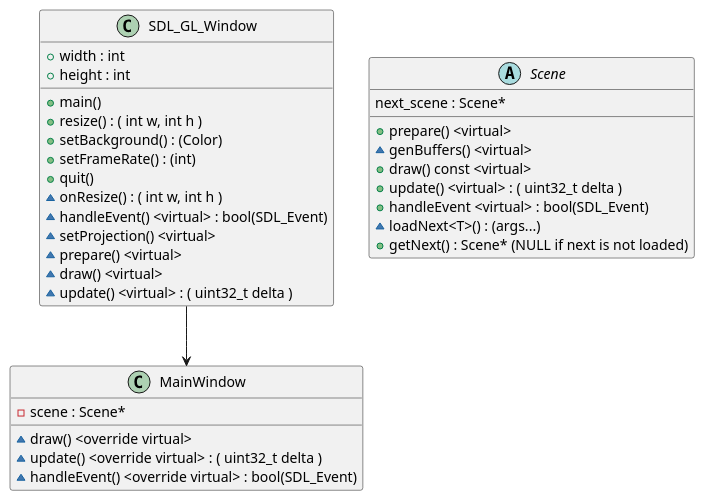
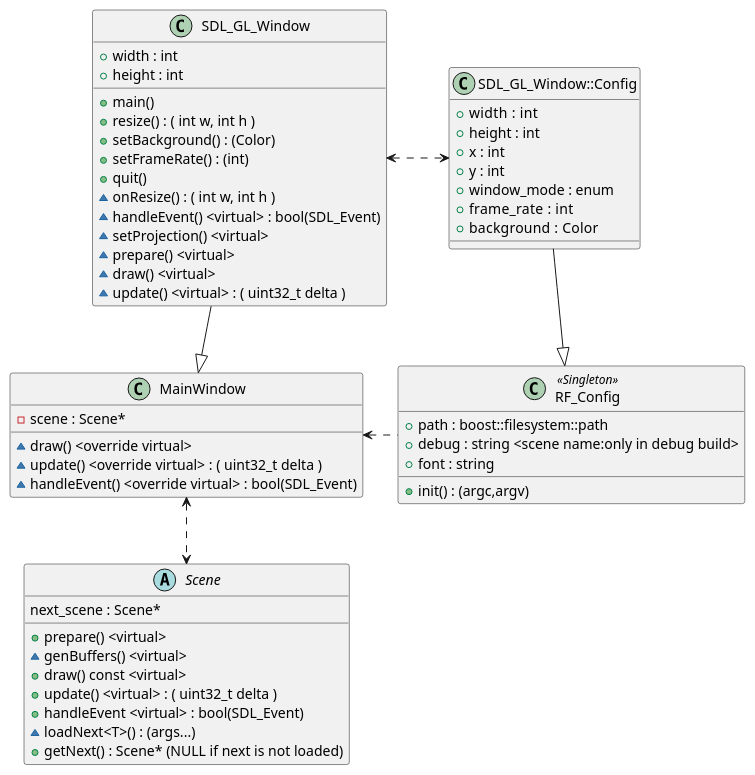
One commit to westfence105/rise_and_fall_rt changed the diagram in doc/View_Class.pu. Above: the diagram before and after it, drawn with PlantUML. The commit also changed 5 other files, not shown here.

```diff
--- a/doc/View_Class.pu
+++ b/doc/View_Class.pu
@@ -1,35 +1,59 @@
 class SDL_GL_Window {
   +main()
   +width : int
   +height : int
   +resize() : ( int w, int h )
   +setBackground() : (Color)
   +setFrameRate() : (int)
   +quit()
   ~onResize() : ( int w, int h )
   ~handleEvent() <virtual> : bool(SDL_Event)
   ~setProjection() <virtual>
   ~prepare() <virtual>
   ~draw() <virtual>
   ~update() <virtual> : ( uint32_t delta )
 }
 
-SDL_GL_Window -down-> MainWindow
+SDL_GL_Window -down-|> MainWindow
 
 class MainWindow {
   ~draw() <override virtual>
   ~update() <override virtual> : ( uint32_t delta )
   ~handleEvent() <override virtual> : bool(SDL_Event)
   -scene : Scene*
 }
 
 abstract Scene {
   +prepare() <virtual>
   ~genBuffers() <virtual>
   +draw() const <virtual>
   +update() <virtual> : ( uint32_t delta )
   +handleEvent <virtual> : bool(SDL_Event)
   next_scene : Scene*
   ~loadNext<T>() : (args...)
   +getNext() : Scene* (NULL if next is not loaded)
 }
+
+MainWindow <..> Scene
+
+class SDL_GL_Window::Config {
+  +width  : int
+  +height : int
+  +x : int
+  +y : int
+  +window_mode : enum
+  +frame_rate  : int
+  +background  : Color
+}
+
+SDL_GL_Window <.right.> "SDL_GL_Window::Config"
+
+class RF_Config <<Singleton>> {
+  +path : boost::filesystem::path
+  +debug : string <scene name:only in debug build>
+  +font : string
+  +init() : (argc,argv)
+}
+
+"SDL_GL_Window::Config" -down-|> RF_Config
+RF_Config .left.> MainWindow
```
